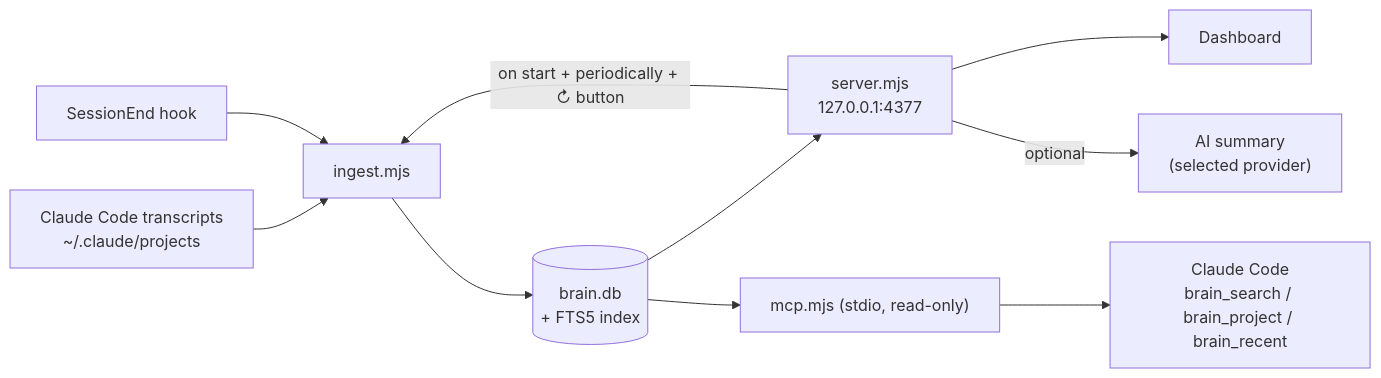
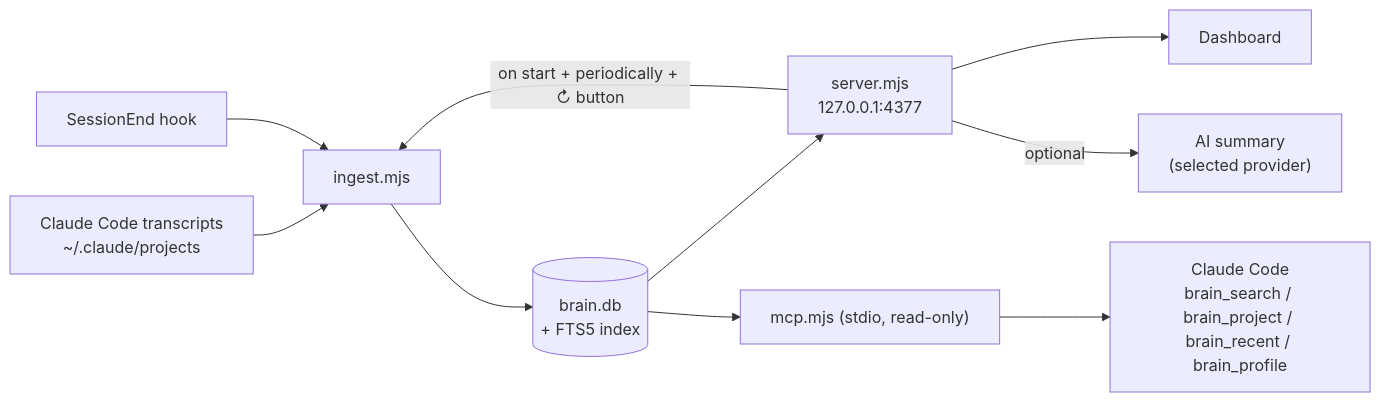
The third of 4 diagrams in README.md (hienct-fpt/personal-brain), drawn with Mermaid before and after one commit. The commit also changed other lines of this file and 13 other files, not shown here.

First line of the commit message:
Add memory types, brain_profile and time-scoped search

````diff
--- a/README.md
+++ b/README.md
@@ -168,10 +169,10 @@
 ```mermaid
 flowchart LR
   T["Claude Code transcripts<br/>~/.claude/projects"] --> I["ingest.mjs"]
   H["SessionEnd hook"] --> I
   I --> DB[("brain.db<br/>+ FTS5 index")]
   DB --> S["server.mjs<br/>127.0.0.1:4377"] --> UI["Dashboard"]
   S -->|"on start + periodically + ↻ button"| I
   S -->|"optional"| AI["AI summary<br/>(selected provider)"]
-  DB --> M["mcp.mjs (stdio, read-only)"] --> CC["Claude Code<br/>brain_search / brain_project / brain_recent"]
+  DB --> M["mcp.mjs (stdio, read-only)"] --> CC["Claude Code<br/>brain_search / brain_project / brain_recent / brain_profile"]
 ```
````
